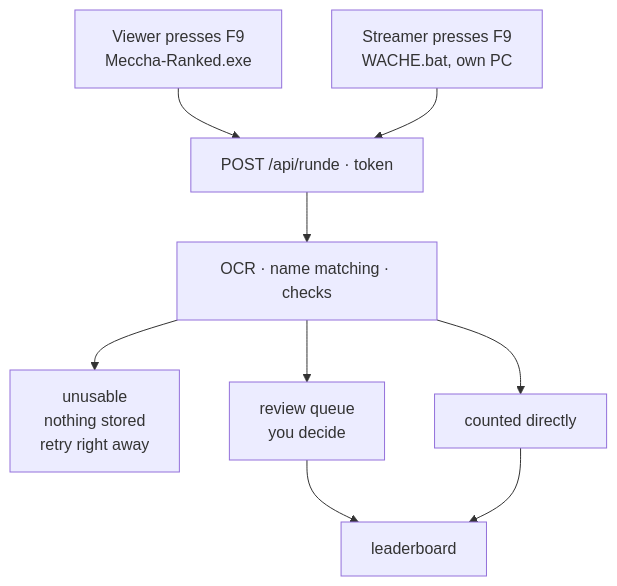
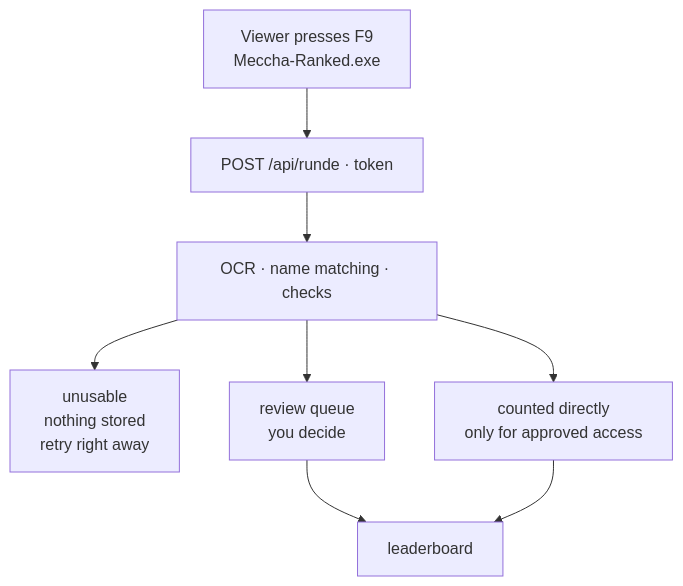
One commit to Marco-Jan/meccha-rankedsystem changed the diagram in README.en.md. Above: the diagram before and after it, drawn with Mermaid. The commit also changed other lines of this file and 1 other file, not shown here.

First line of the commit message:
v.5.3.0 | DOC | README: die Wache erreicht die Live-Rangliste nicht

````diff
--- a/README.en.md
+++ b/README.en.md
@@ -8,11 +8,10 @@
 ```mermaid
 flowchart TD
-    Z["Viewer presses F9<br>Meccha-Ranked.exe"] --> P
-    S["Streamer presses F9<br>WACHE.bat, own PC"] --> P
-    P["POST /api/runde · token"] --> L["OCR · name matching · checks"]
+    Z["Viewer presses F9<br>Meccha-Ranked.exe"] --> P["POST /api/runde · token"]
+    P --> L["OCR · name matching · checks"]
     L --> N["unusable<br>nothing stored<br>retry right away"]
     L --> F["review queue<br>you decide"]
-    L --> D["counted directly"]
+    L --> D["counted directly<br>only for approved access"]
     F --> R["leaderboard"]
     D --> R
 ```
````
